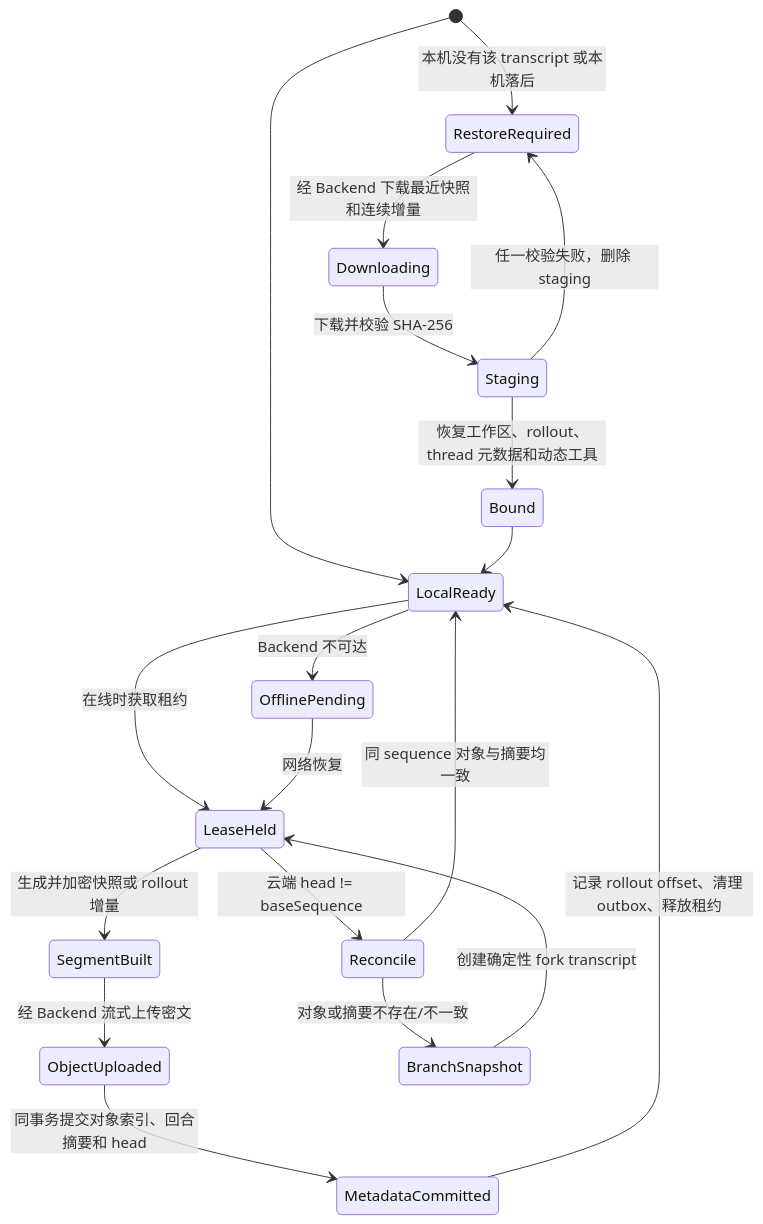
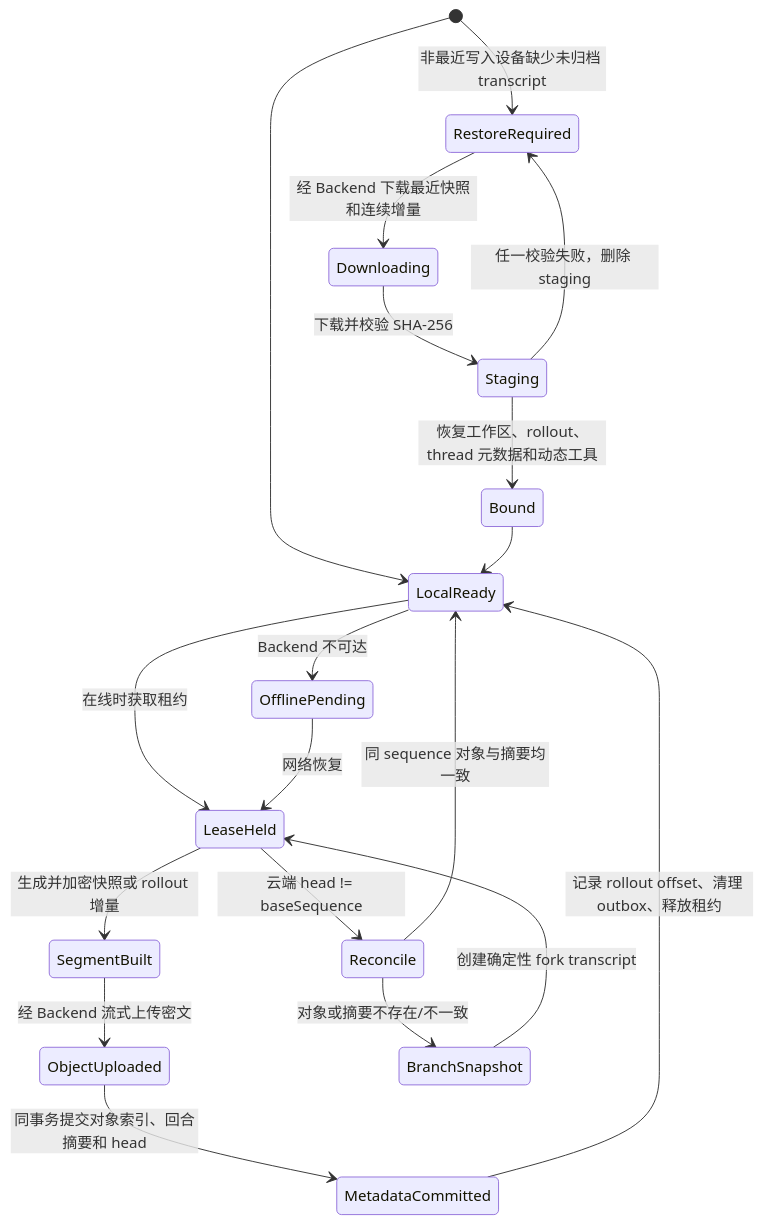
Before and after one commit to wecode-ai/Wegent: the diagram in docs/zh/wework/developer-guide/wework-transcript-sync.md, drawn with Mermaid. The commit also changed other lines of this file and 8 other files, not shown here.

````diff
--- a/docs/zh/wework/developer-guide/wework-transcript-sync.md
+++ b/docs/zh/wework/developer-guide/wework-transcript-sync.md
@@ -68,23 +72,23 @@
 ```mermaid
 stateDiagram-v2
     [*] --> LocalReady
     LocalReady --> LeaseHeld: 在线时获取租约
     LocalReady --> OfflinePending: Backend 不可达
     OfflinePending --> LeaseHeld: 网络恢复
     LeaseHeld --> SegmentBuilt: 生成并加密快照或 rollout 增量
     SegmentBuilt --> ObjectUploaded: 经 Backend 流式上传密文
     ObjectUploaded --> MetadataCommitted: 同事务提交对象索引、回合摘要和 head
     MetadataCommitted --> LocalReady: 记录 rollout offset、清理 outbox、释放租约
 
     LeaseHeld --> Reconcile: 云端 head != baseSequence
     Reconcile --> LocalReady: 同 sequence 对象与摘要均一致
     Reconcile --> BranchSnapshot: 对象或摘要不存在/不一致
     BranchSnapshot --> LeaseHeld: 创建确定性 fork transcript
 
-    [*] --> RestoreRequired: 本机没有该 transcript 或本机落后
+    [*] --> RestoreRequired: 非最近写入设备缺少未归档 transcript
     RestoreRequired --> Downloading: 经 Backend 下载最近快照和连续增量
     Downloading --> Staging: 下载并校验 SHA-256
     Staging --> Bound: 恢复工作区、rollout、thread 元数据和动态工具
     Staging --> RestoreRequired: 任一校验失败，删除 staging
     Bound --> LocalReady
 ```
````
